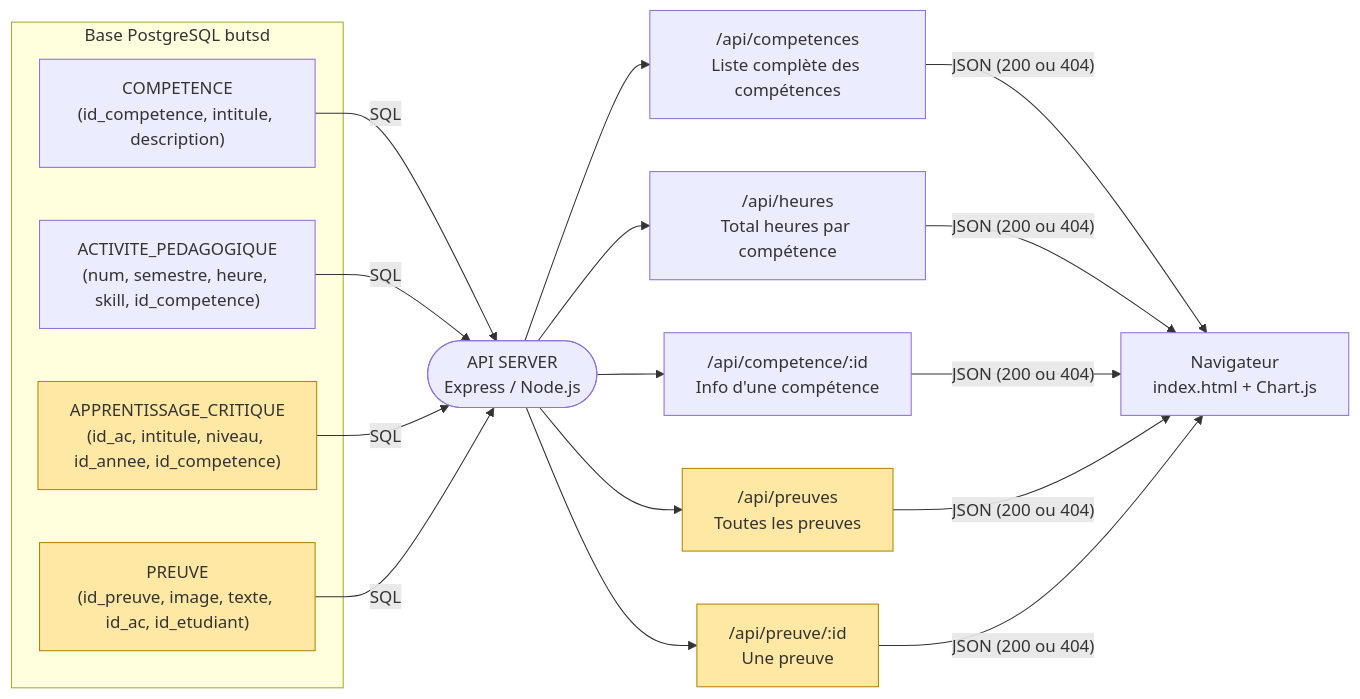
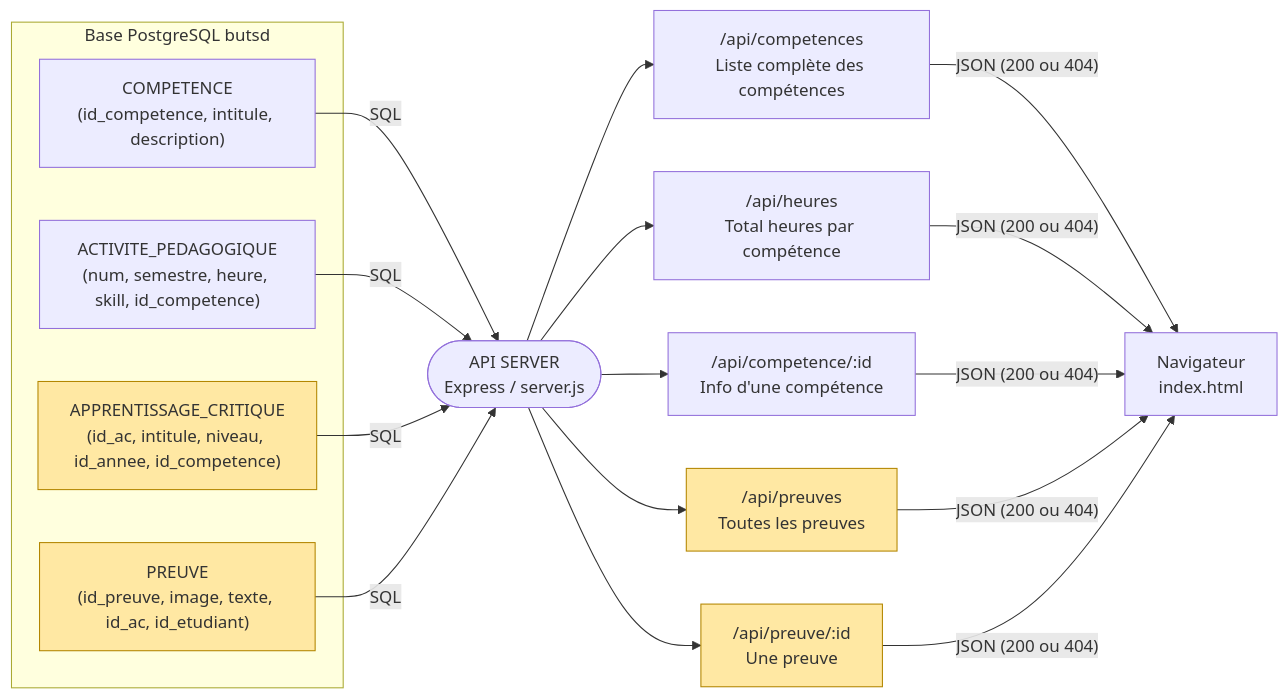
One commit to akalajean31-cloud/Portfolio-competences-jean-claude changed the diagram in td3/exercice2.md. Above: the diagram before and after it, drawn with Mermaid.

`````diff
--- a/td3/exercice2.md
+++ b/td3/exercice2.md
@@ -3,27 +3,27 @@
 ````mermaid
 flowchart LR
   subgraph BDD["Base PostgreSQL butsd"]
     COMP["COMPETENCE<br/>(id_competence, intitule, description)"]
     ACT["ACTIVITE_PEDAGOGIQUE<br/>(num, semestre, heure, skill, id_competence)"]
     AC["APPRENTISSAGE_CRITIQUE<br/>(id_ac, intitule, niveau, id_annee, id_competence)"]
     PREUVE["PREUVE<br/>(id_preuve, image, texte, id_ac, id_etudiant)"]
   end
 
-  SERVEUR(["API SERVER<br/>Express / Node.js"])
+  SERVEUR(["API SERVER<br/>Express / server.js"])
 
   COMP -- SQL --> SERVEUR
   ACT -- SQL --> SERVEUR
   AC -- SQL --> SERVEUR
   PREUVE -- SQL --> SERVEUR
 
   SERVEUR --> R1["/api/competences<br/>Liste complète des compétences"]
   SERVEUR --> R2["/api/heures<br/>Total heures par compétence"]
   SERVEUR --> R3["/api/competence/:id<br/>Info d'une compétence"]
   SERVEUR --> R4["/api/preuves<br/>Toutes les preuves"]
   SERVEUR --> R5["/api/preuve/:id<br/>Une preuve"]
 
-  R1 & R2 & R3 & R4 & R5 -- "JSON (200 ou 404)" --> NAV["Navigateur<br/>index.html + Chart.js"]
+  R1 & R2 & R3 & R4 & R5 -- "JSON (200 ou 404)" --> NAV["Navigateur<br/>index.html"]
 
   classDef nouveau fill:#ffe8a3,stroke:#b38600
   class PREUVE,AC,R4,R5 nouveau
 ````
`````
